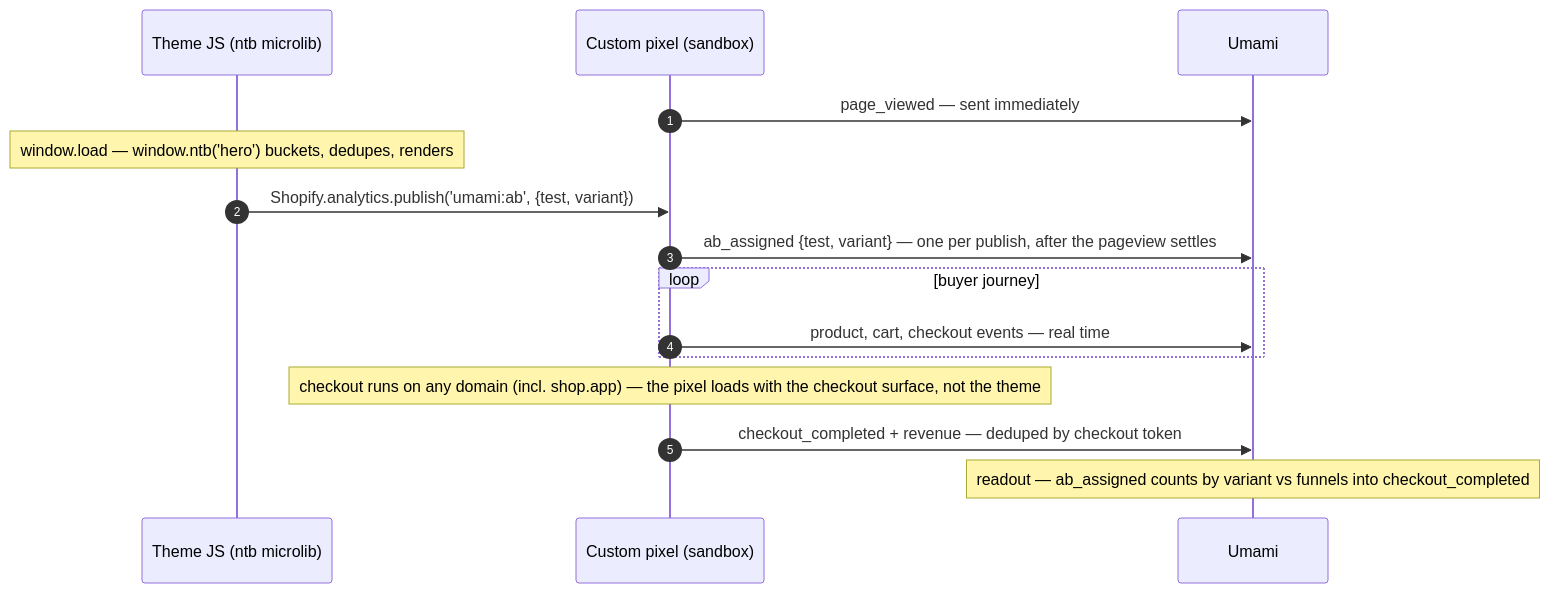
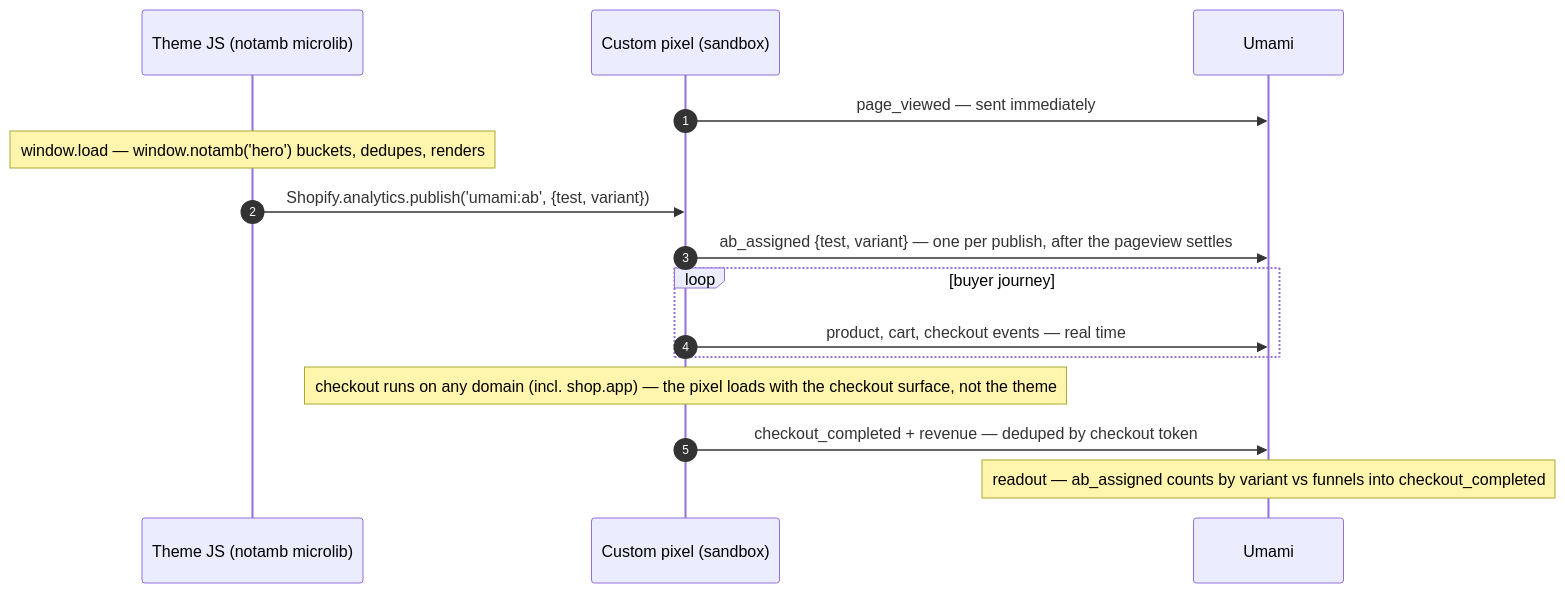
Before and after one commit to notambourine/umami-shopify: the diagram in README.md, drawn with Mermaid. The commit also changed other lines of this file, not shown here.

Commit message:
Rename ntb to notamb in the README lifecycle (#4)
The sister microlib is now notamb (notambourine/notamb#2). Only the call
name changes: the pixel subscribes to 'umami:ab', which never contained
the old name, so the pixel contract is untouched.

````diff
--- a/README.md
+++ b/README.md
@@ -62,21 +62,21 @@
 ```mermaid
 sequenceDiagram
   autonumber
-  participant Theme as Theme JS (ntb microlib)
+  participant Theme as Theme JS (notamb microlib)
   participant Pixel as Custom pixel (sandbox)
   participant Umami
 
   Pixel->>Umami: page_viewed — sent immediately
-  Note over Theme: window.load — window.ntb('hero') buckets, dedupes, renders
+  Note over Theme: window.load — window.notamb('hero') buckets, dedupes, renders
   Theme->>Pixel: Shopify.analytics.publish('umami:ab', {test, variant})
   Pixel->>Umami: ab_assigned {test, variant} — one per publish, after the pageview settles
 
   loop buyer journey
     Pixel->>Umami: product, cart, checkout events — real time
   end
 
   Note over Pixel: checkout runs on any domain (incl. shop.app) — the pixel loads with the checkout surface, not the theme
   Pixel->>Umami: checkout_completed + revenue — deduped by checkout token
 
   Note over Umami: readout — ab_assigned counts by variant vs funnels into checkout_completed
 ```
````
